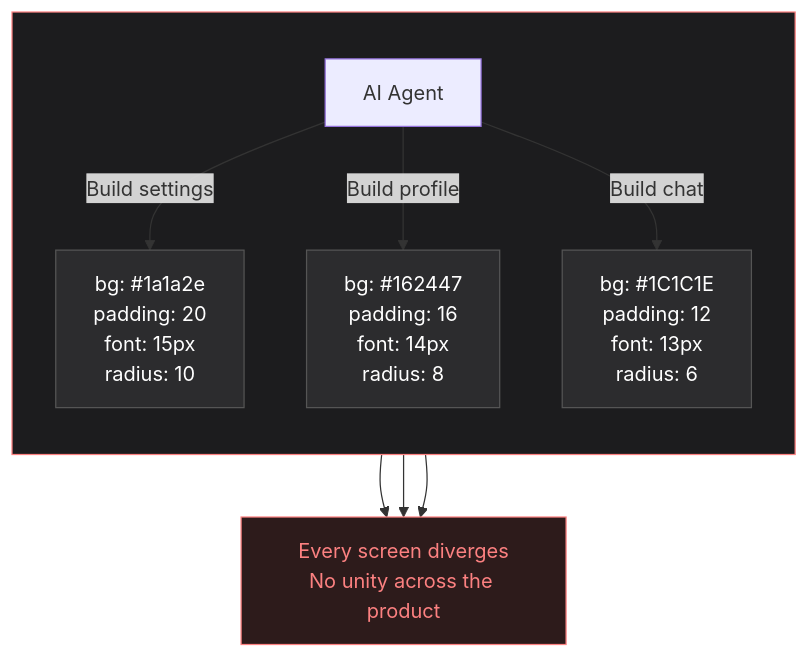
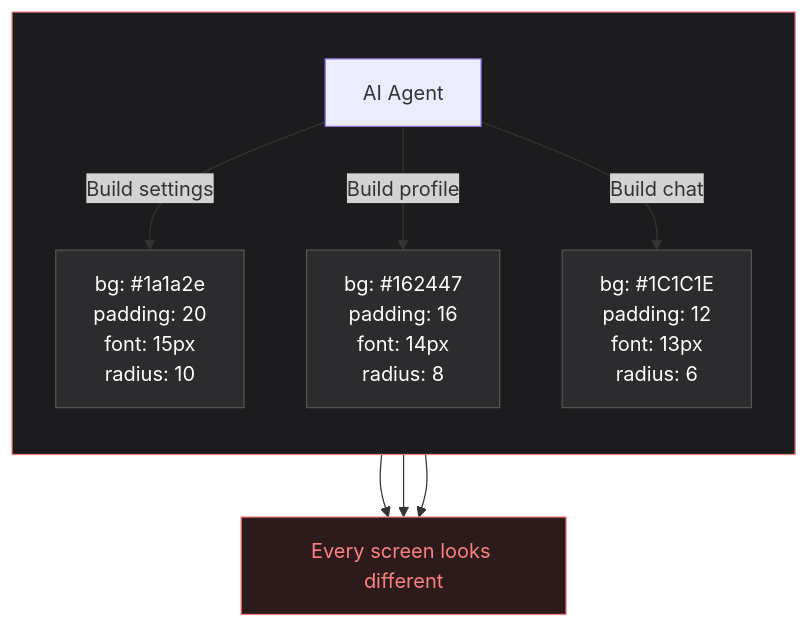
The first of 3 diagrams in README.md (YutoNakano/torico-design-system), drawn with Mermaid before and after one commit. The commit also changed other lines of this file, not shown here.

````diff
--- a/README.md
+++ b/README.md
@@ -9,18 +11,18 @@
 ```mermaid
 flowchart TD
     subgraph problem[" "]
         direction TB
         AI[AI Agent]
         AI -->|"Build settings"| S1["bg: #1a1a2e<br/>padding: 20<br/>font: 15px<br/>radius: 10"]
         AI -->|"Build profile"| S2["bg: #162447<br/>padding: 16<br/>font: 14px<br/>radius: 8"]
         AI -->|"Build chat"| S3["bg: #1C1C1E<br/>padding: 12<br/>font: 13px<br/>radius: 6"]
     end
 
-    S1 & S2 & S3 --> D["Every screen diverges<br/>No unity across the product"]
+    S1 & S2 & S3 --> D["Every screen looks different"]
 
     style problem fill:#1C1C1E,stroke:#FC8181,color:#FFFFFF
     style D fill:#2D1B1B,color:#FC8181,stroke:#FC8181
     style S1 fill:#2C2C2E,color:#FFFFFF,stroke:#555
     style S2 fill:#2C2C2E,color:#FFFFFF,stroke:#555
     style S3 fill:#2C2C2E,color:#FFFFFF,stroke:#555
 ```
````
